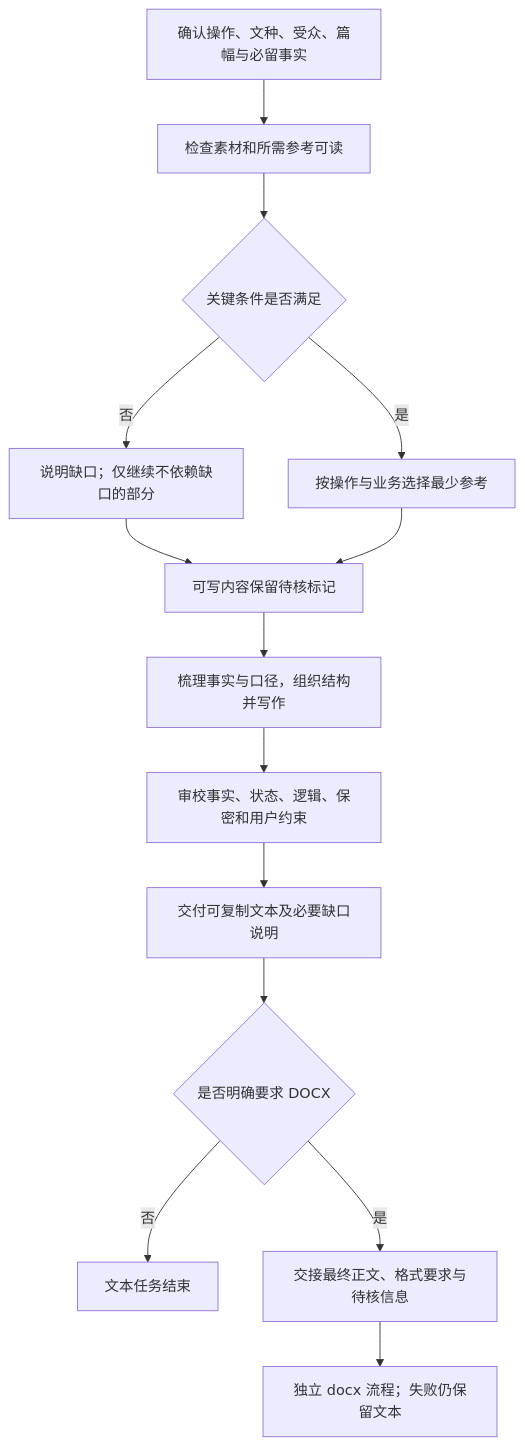
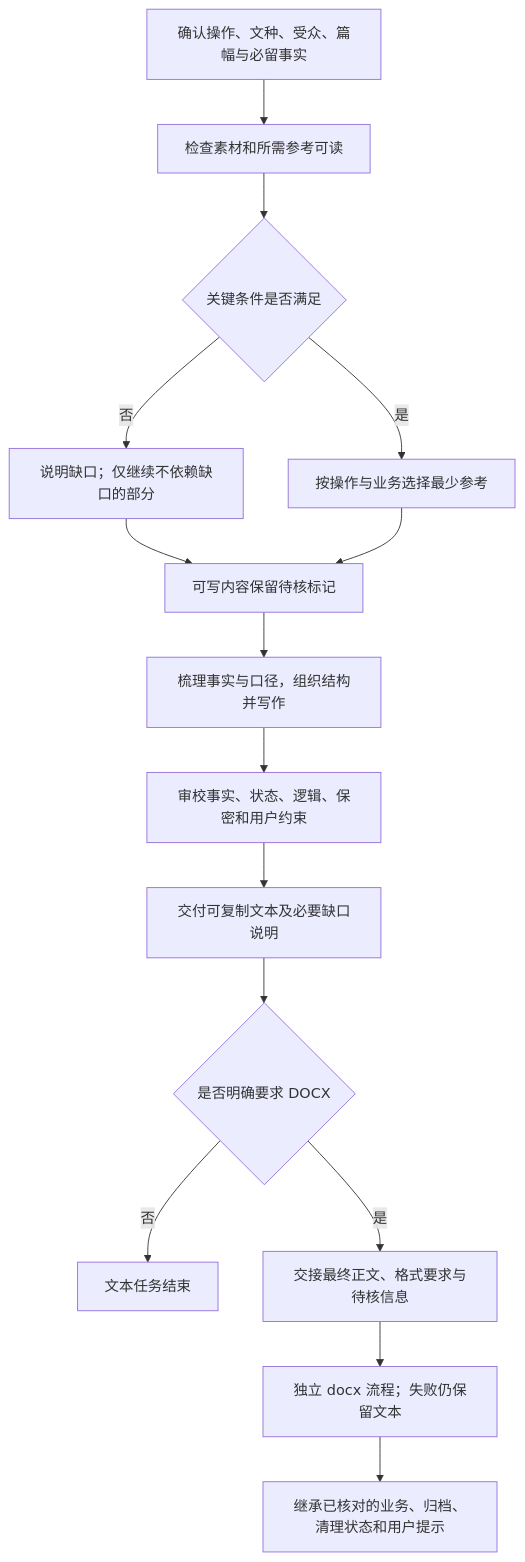
One commit to JohnParken/PSL-SKILLS changed the second of 2 diagrams in docs/skills/bank-writing.md. Above: the diagram before and after it, drawn with Mermaid. The commit also changed other lines of this file and 17 other files, not shown here.

````diff
--- a/docs/skills/bank-writing.md
+++ b/docs/skills/bank-writing.md
@@ -68,16 +68,17 @@
 ```mermaid
 flowchart TD
     A["确认操作、文种、受众、篇幅与必留事实"] --> B["检查素材和所需参考可读"]
     B --> C{"关键条件是否满足"}
     C -->|"否"| D["说明缺口；仅继续不依赖缺口的部分"]
     C -->|"是"| E["按操作与业务选择最少参考"]
     D --> F["可写内容保留待核标记"]
     E --> F
     F --> G["梳理事实与口径，组织结构并写作"]
     G --> H["审校事实、状态、逻辑、保密和用户约束"]
     H --> I["交付可复制文本及必要缺口说明"]
     I --> J{"是否明确要求 DOCX"}
     J -->|"否"| K["文本任务结束"]
     J -->|"是"| L["交接最终正文、格式要求与待核信息"]
     L --> M["独立 docx 流程；失败仍保留文本"]
+    M --> N["继承已核对的业务、归档、清理状态和用户提示"]
 ```
````
